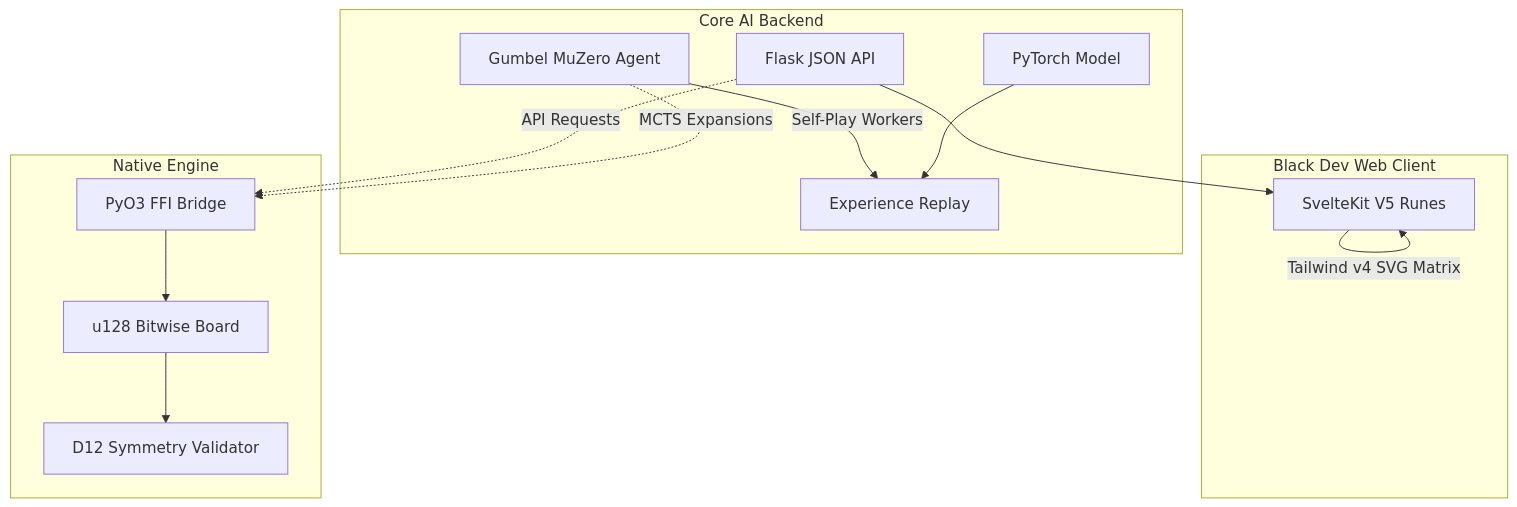
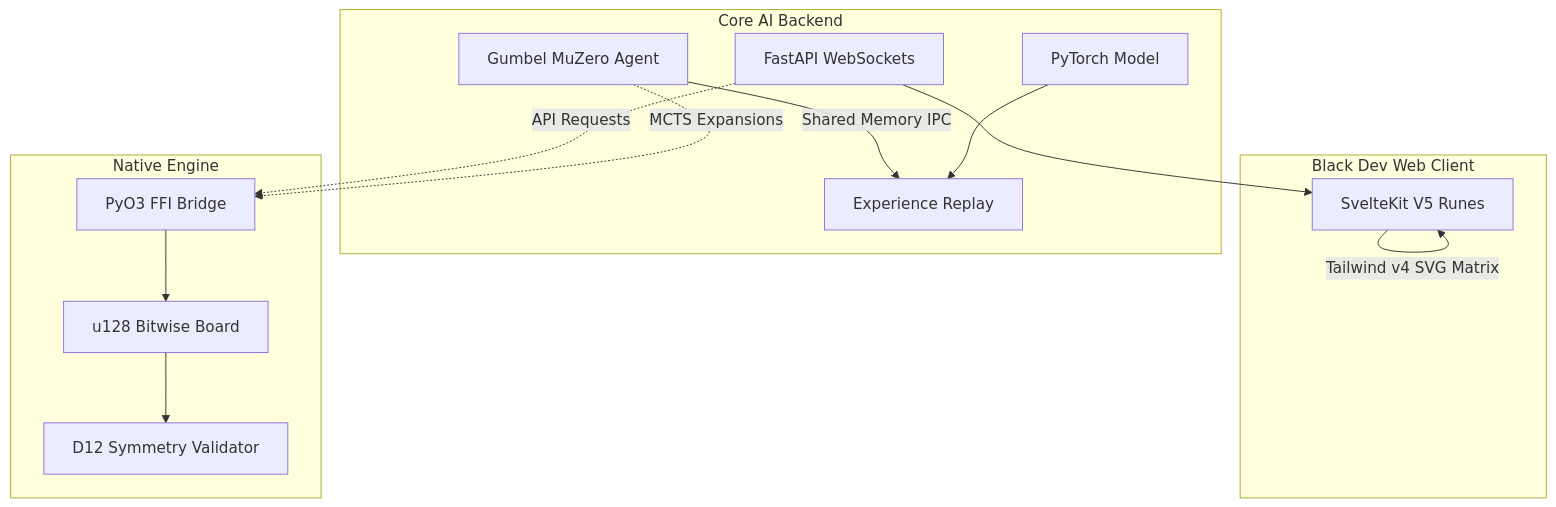
Before and after one commit to lguibr/tricked: the diagram in README.md, drawn with Mermaid. The commit also changed other lines of this file and 52 other files, not shown here.

Commit message:
feat: migrate web server to FastAPI, implement Gumbel AlphaZero MCTS, and improve UI accessibility and state management.

````diff
--- a/README.md
+++ b/README.md
@@ -25,20 +25,20 @@
 ```mermaid
 graph TD;
     subgraph UI [Black Dev Web Client]
         Svelte[SvelteKit V5 Runes] --> |Tailwind v4 SVG Matrix| Svelte
     end
     
     subgraph Python [Core AI Backend]
-        Flask[Flask JSON API] --> Svelte
-        MuZero[Gumbel MuZero Agent] --> |Self-Play Workers| Buffer[Experience Replay]
+        FastAPI[FastAPI WebSockets] --> Svelte
+        MuZero[Gumbel MuZero Agent] --> |Shared Memory IPC| Buffer[Experience Replay]
         Trainer[PyTorch Model] --> Buffer
     end
     
     subgraph Rust [Native Engine]
         PyO3[PyO3 FFI Bridge] --> Bitboards[u128 Bitwise Board]
         Bitboards --> Validator[D12 Symmetry Validator]
     end
 
-    Flask -.-> |API Requests| PyO3
+    FastAPI -.-> |API Requests| PyO3
     MuZero -.-> |MCTS Expansions| PyO3
 ```
````
